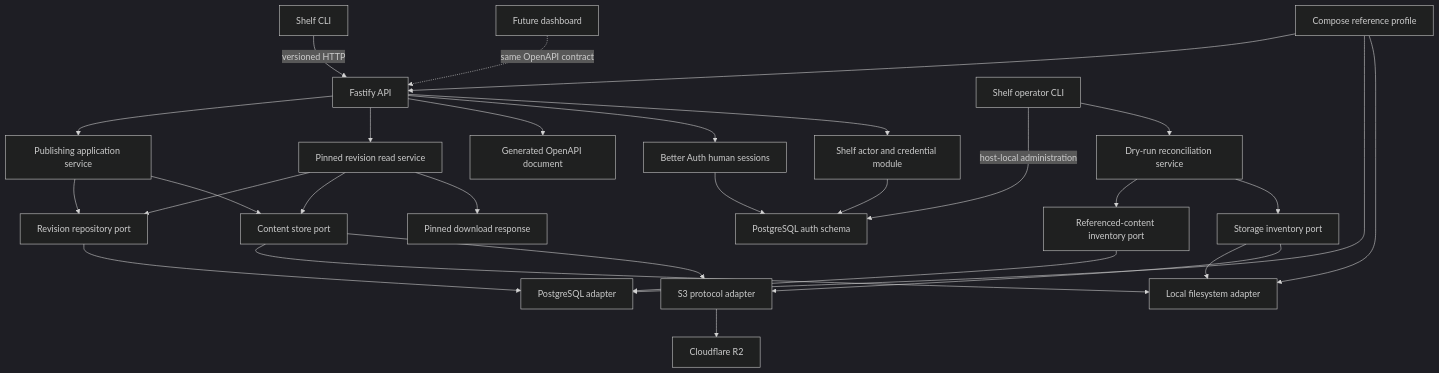
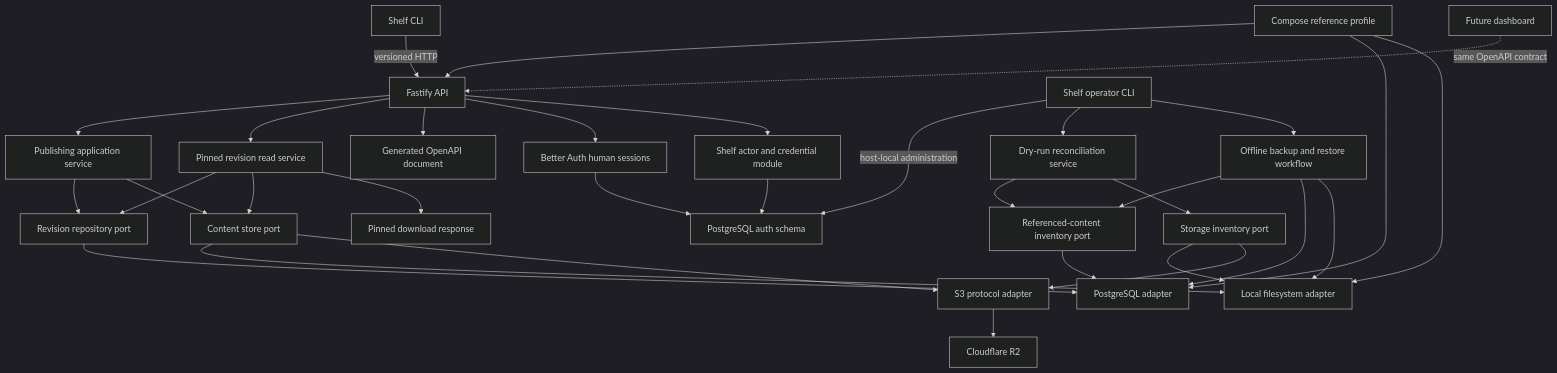
Before and after one commit to amitray007/shelf: the second of 3 diagrams in docs/plans/2026-08-17-0030-feat-shelf-product-plan.md, drawn with Mermaid (dark theme). The commit also changed other lines of this file and 15 other files, not shown here.

Commit message:
feat: add verified local backup and restore (U13)

````diff
--- a/docs/plans/2026-08-17-0030-feat-shelf-product-plan.md
+++ b/docs/plans/2026-08-17-0030-feat-shelf-product-plan.md
@@ -301,31 +302,35 @@
 ```mermaid
 flowchart TB
   CLI[Shelf CLI] -->|versioned HTTP| API[Fastify API]
   ADMIN[Shelf operator CLI] -->|host-local administration| AUTHPG
   ADMIN --> RECON[Dry-run reconciliation service]
+  ADMIN --> BACKUP[Offline backup and restore workflow]
   COMPOSE[Compose reference profile] --> API
   COMPOSE --> PG
   COMPOSE --> LOCAL
   FUTURE[Future dashboard] -.->|same OpenAPI contract| API
   API --> APP[Publishing application service]
   API --> READ[Pinned revision read service]
   APP --> META[Revision repository port]
   APP --> CONTENT[Content store port]
   READ --> META
   READ --> CONTENT
   RECON --> REFS[Referenced-content inventory port]
   RECON --> INVENTORY[Storage inventory port]
+  BACKUP --> REFS
+  BACKUP --> PG
+  BACKUP --> LOCAL
   API --> SPEC[Generated OpenAPI document]
   API --> HUMAN[Better Auth human sessions]
   API --> ACCESS[Shelf actor and credential module]
   HUMAN --> AUTHPG[PostgreSQL auth schema]
   ACCESS --> AUTHPG
   META --> PG[PostgreSQL adapter]
   REFS --> PG
   CONTENT --> LOCAL[Local filesystem adapter]
   CONTENT --> S3[S3 protocol adapter]
   INVENTORY --> LOCAL
   INVENTORY --> S3
   S3 --> R2[Cloudflare R2]
   READ --> DOWNLOAD[Pinned download response]
 ```
````
